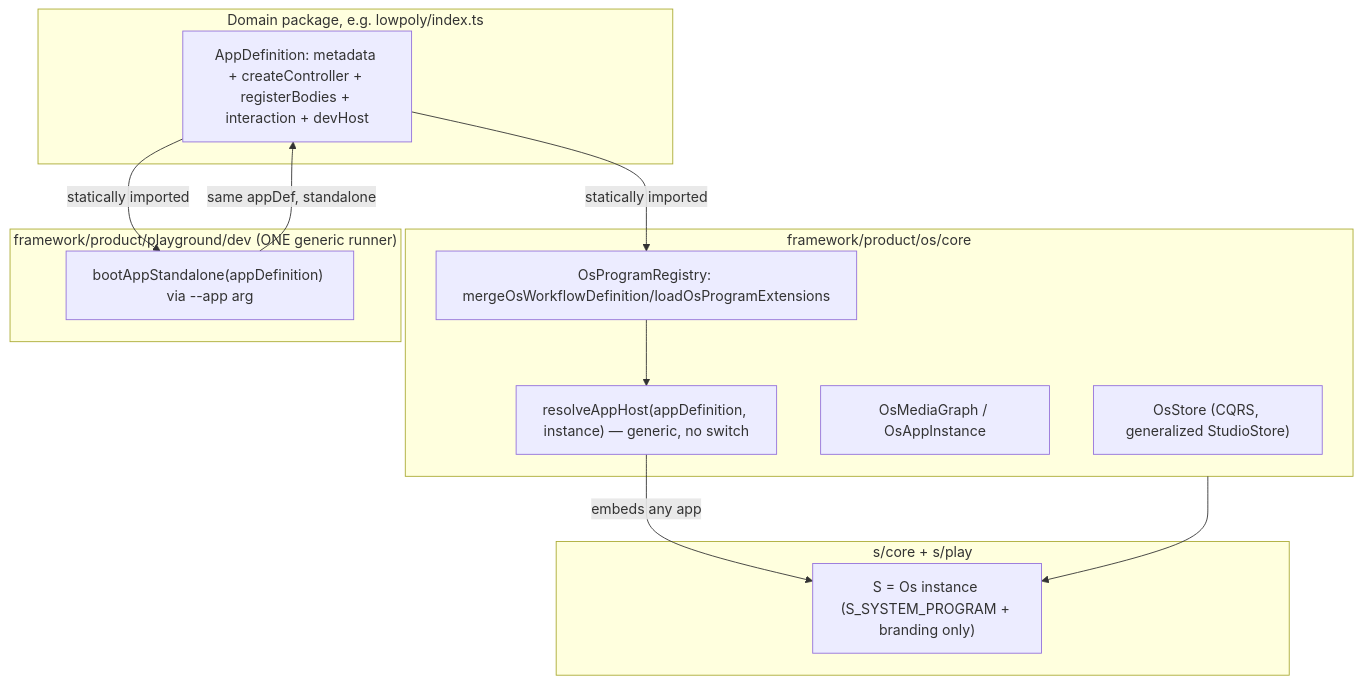
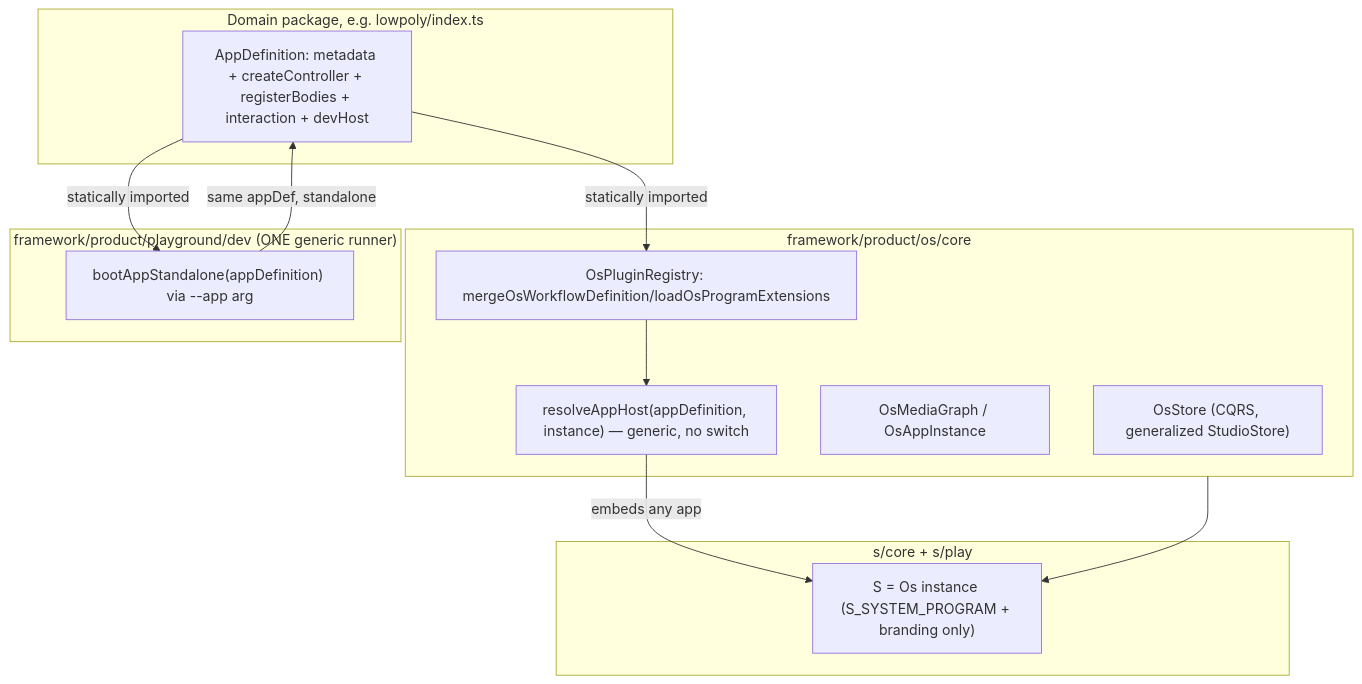
Before and after one commit to usalu/semio: the diagram in .cursor/plans/os_framework_and_composable_apps_857cb11f.plan.md, drawn with Mermaid. The commit also changed other lines of this file and 663 other files, not shown here.

````diff
--- a/.cursor/plans/os_framework_and_composable_apps_857cb11f.plan.md
+++ b/.cursor/plans/os_framework_and_composable_apps_857cb11f.plan.md
@@ -47,24 +47,24 @@
 ```mermaid
 flowchart TD
     subgraph domainPkg ["Domain package, e.g. lowpoly/index.ts"]
         appDef["AppDefinition: metadata + createController + registerBodies + interaction + devHost"]
     end
     subgraph osCore ["framework/product/os/core"]
         osStore["OsStore (CQRS, generalized StudioStore)"]
         mediaGraph["OsMediaGraph / OsAppInstance"]
-        registry["OsProgramRegistry: mergeOsWorkflowDefinition/loadOsProgramExtensions"]
+        registry["OsPluginRegistry: mergeOsWorkflowDefinition/loadOsProgramExtensions"]
         hostRouter["resolveAppHost(appDefinition, instance) — generic, no switch"]
     end
     subgraph playgroundDev ["framework/product/playground/dev (ONE generic runner)"]
         runner["bootAppStandalone(appDefinition) via --app arg"]
     end
     subgraph sPkg ["s/core + s/play"]
         sInstance["S = Os instance (S_SYSTEM_PROGRAM + branding only)"]
     end
     appDef -->|"statically imported"| registry
     appDef -->|"statically imported"| runner
     registry --> hostRouter
     osCore --> sInstance
     hostRouter -->|"embeds any app"| sInstance
     runner -->|"same appDef, standalone"| appDef
 ```
````
